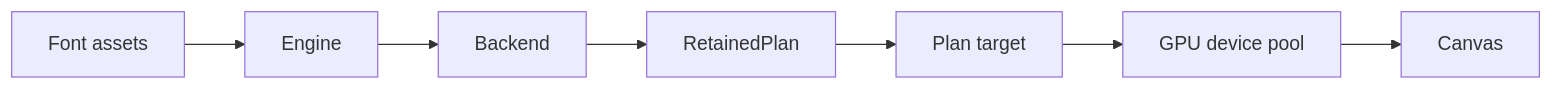
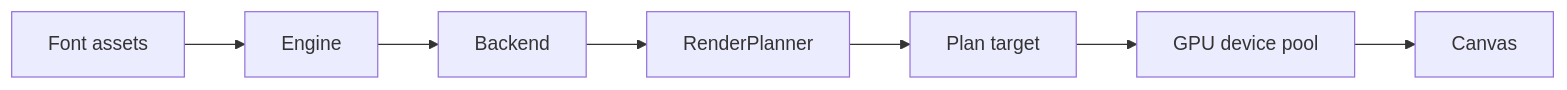
Before and after one commit to pmndrs/glyph: the fifth of 9 diagrams in docs/planning/font-runtime-ownership.md, drawn with Mermaid. The commit also changed other lines of this file and 14 other files, not shown here.

````diff
--- a/docs/planning/font-runtime-ownership.md
+++ b/docs/planning/font-runtime-ownership.md
@@ -1086,9 +1086,9 @@
 ```mermaid
 flowchart LR
   F[Font assets] --> R[Engine]
   R --> H[Backend]
-  H --> S[RetainedPlan]
+  H --> S[RenderPlanner]
   S --> T[Plan target]
   T --> D[GPU device pool]
   D --> C[Canvas]
 ```
````
